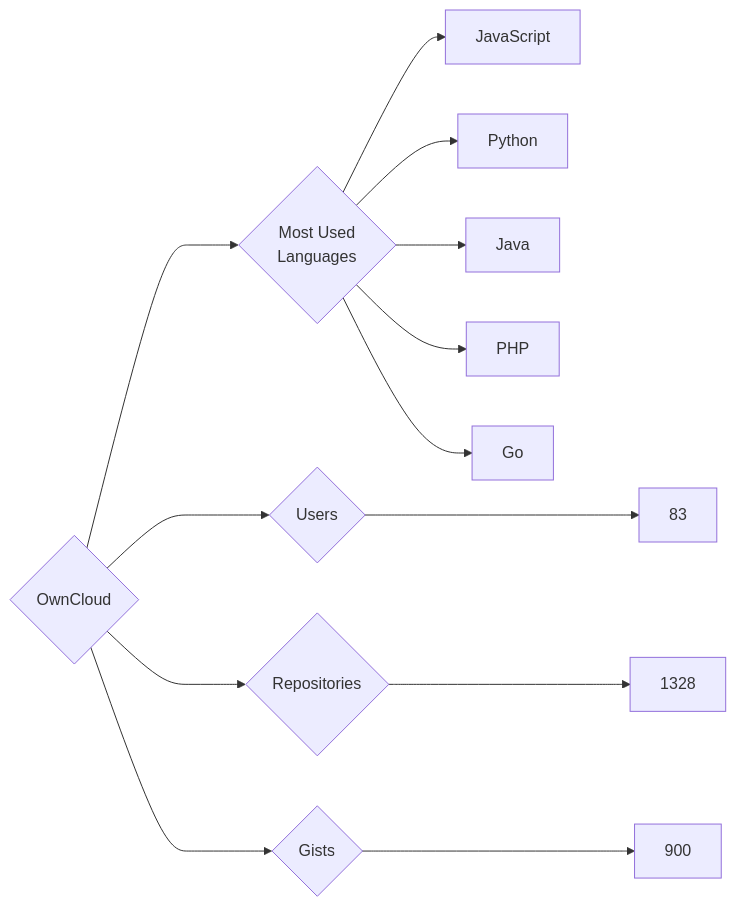
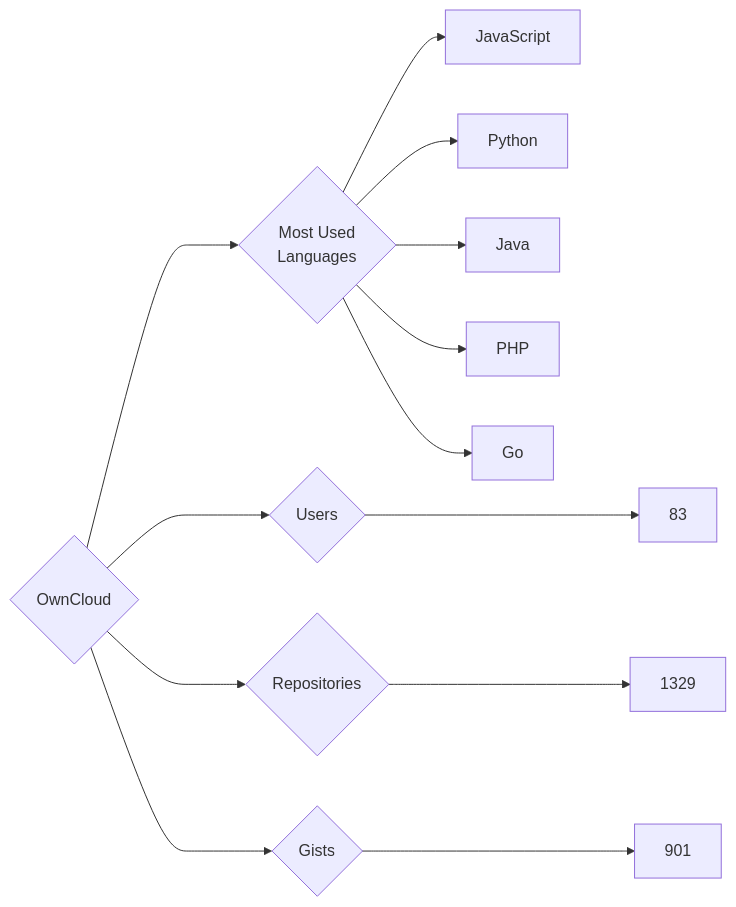
The diagram in targets/OwnCloud/README.md (trickest/insiders), drawn with Mermaid before and after one commit. The commit also changed 815 other files, not shown here.

````diff
--- a/targets/OwnCloud/README.md
+++ b/targets/OwnCloud/README.md
@@ -3,13 +3,13 @@
 ```mermaid
 graph LR
 COMPANY_NAME{OwnCloud}
 COMPANY_NAME ---> U{Users} ---> UN[83]
-COMPANY_NAME ---> R{Repositories} ---> RN[1328]
-COMPANY_NAME ---> G{Gists} ---> GN[900]
+COMPANY_NAME ---> R{Repositories} ---> RN[1329]
+COMPANY_NAME ---> G{Gists} ---> GN[901]
 COMPANY_NAME ---> ML{Most Used<br>Languages}
 ML --> JavaScript[JavaScript]
 ML --> Python[Python]
 ML --> Java[Java]
 ML --> PHP[PHP]
 ML --> Go[Go]
 ```
````
